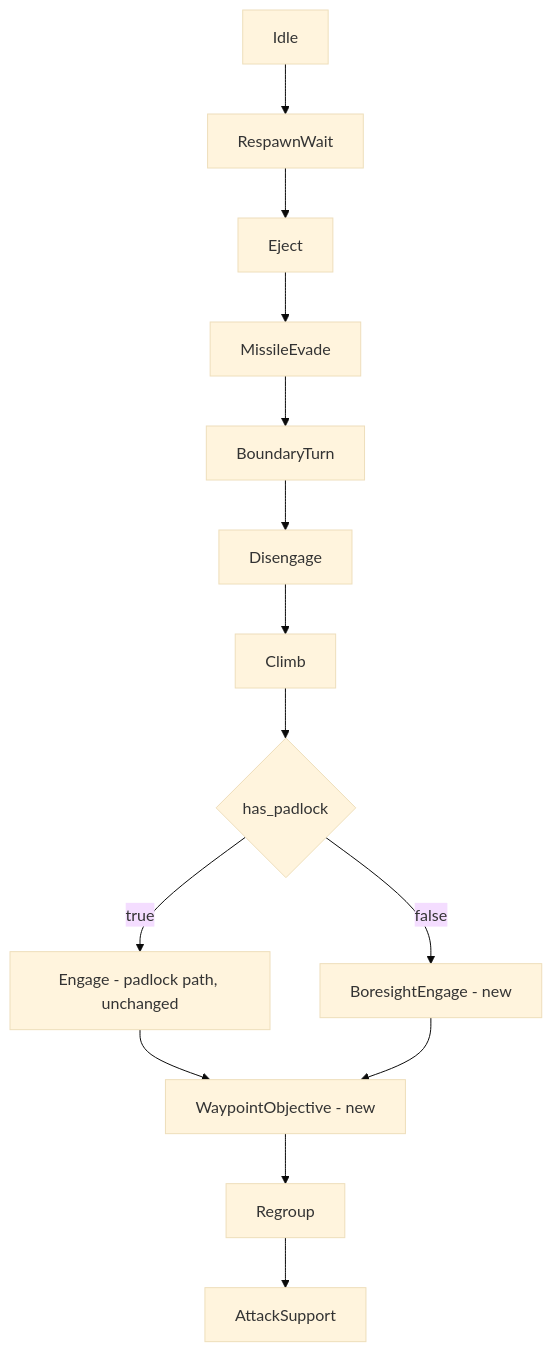
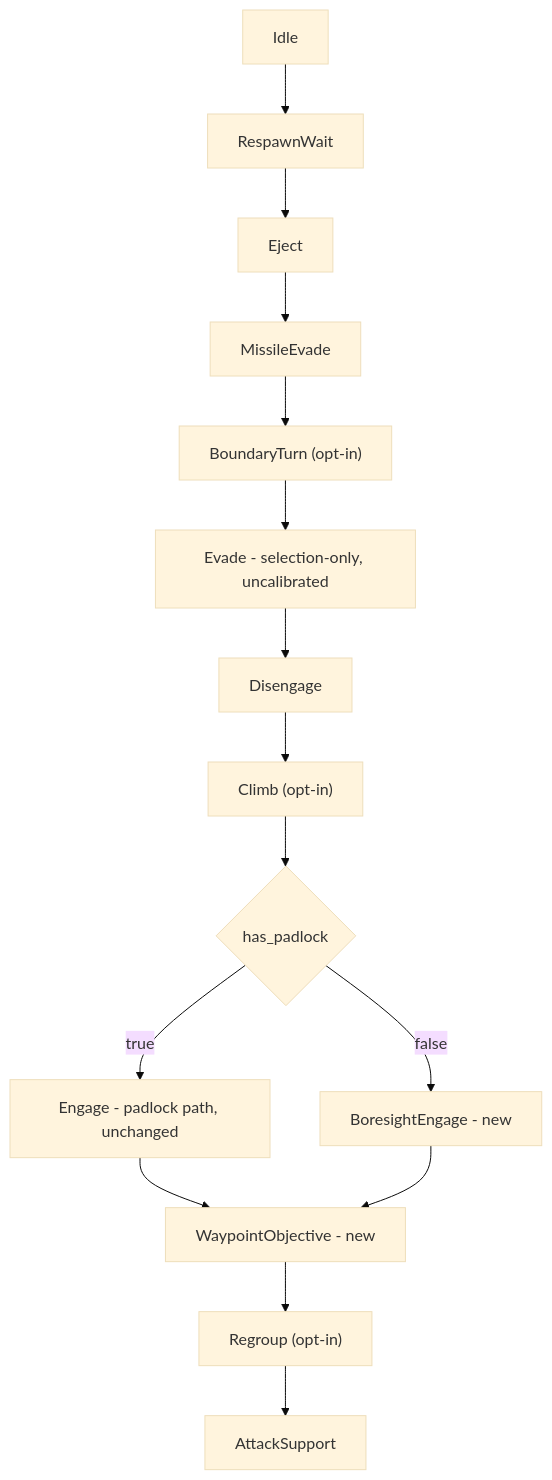
The first of 3 diagrams in docs/hldd/011-acs-mode-hldd.md (mhouse1/wingman), drawn with Mermaid (base theme) before and after one commit. The commit also changed other lines of this file and 10 other files, not shown here.

````diff
--- a/docs/hldd/011-acs-mode-hldd.md
+++ b/docs/hldd/011-acs-mode-hldd.md
@@ -162,16 +162,17 @@
 ```mermaid
 flowchart TD
     IDLE[Idle] --> RESPAWN[RespawnWait]
     RESPAWN --> EJECT[Eject]
-    EJECT --> EVADE[MissileEvade]
-    EVADE --> BOUND[BoundaryTurn]
-    BOUND --> DISENGAGE[Disengage]
-    DISENGAGE --> CLIMB[Climb]
+    EJECT --> MISSILEEVADE[MissileEvade]
+    MISSILEEVADE --> BOUND["BoundaryTurn (opt-in)"]
+    BOUND --> EVADE["Evade - selection-only, uncalibrated"]
+    EVADE --> DISENGAGE[Disengage]
+    DISENGAGE --> CLIMB["Climb (opt-in)"]
     CLIMB --> PROFILE{has_padlock}
     PROFILE -->|true| ENGAGE[Engage - padlock path, unchanged]
     PROFILE -->|false| BORESIGHT[BoresightEngage - new]
     ENGAGE --> WAYPOINT
     BORESIGHT --> WAYPOINT[WaypointObjective - new]
-    WAYPOINT --> REGROUP[Regroup]
+    WAYPOINT --> REGROUP["Regroup (opt-in)"]
     REGROUP --> SUPPORT[AttackSupport]
 ```
````
